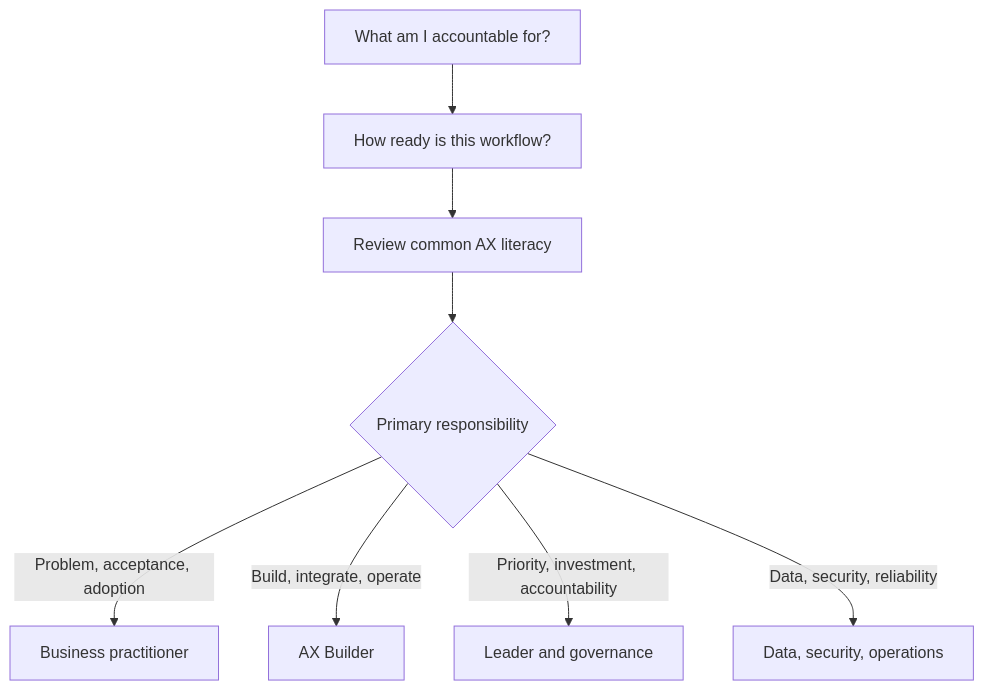
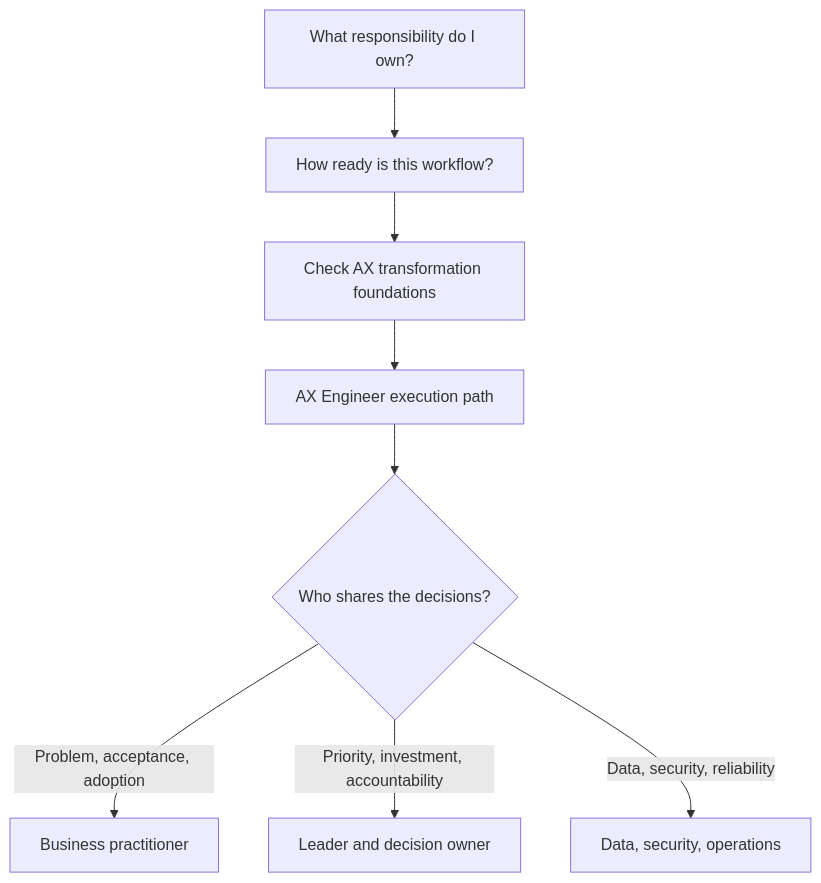
The diagram in en/start-here/README.md (woogi-kang/ax-engineer-roadmap), drawn with Mermaid before and after one commit. The commit also changed other lines of this file and 91 other files, not shown here.

Commit message:
docs: make the roadmap AX Engineer focused

````diff
--- a/en/start-here/README.md
+++ b/en/start-here/README.md
@@ -5,10 +5,10 @@
 ```mermaid
 flowchart TD
-    A["What am I accountable for?"] --> B["How ready is this workflow?"]
-    B --> C["Review common AX literacy"]
-    C --> D{"Primary responsibility"}
-    D -->|"Problem, acceptance, adoption"| E["Business practitioner"]
-    D -->|"Build, integrate, operate"| F["AX Builder"]
-    D -->|"Priority, investment, accountability"| G["Leader and governance"]
-    D -->|"Data, security, reliability"| H["Data, security, operations"]
+    A["What responsibility do I own?"] --> B["How ready is this workflow?"]
+    B --> C["Check AX transformation foundations"]
+    C --> D["AX Engineer execution path"]
+    D --> E{"Who shares the decisions?"}
+    E -->|"Problem, acceptance, adoption"| F["Business practitioner"]
+    E -->|"Priority, investment, accountability"| G["Leader and decision owner"]
+    E -->|"Data, security, reliability"| H["Data, security, operations"]
 ```
````
